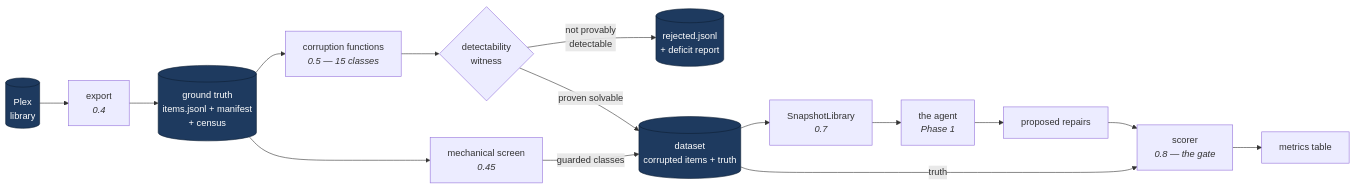
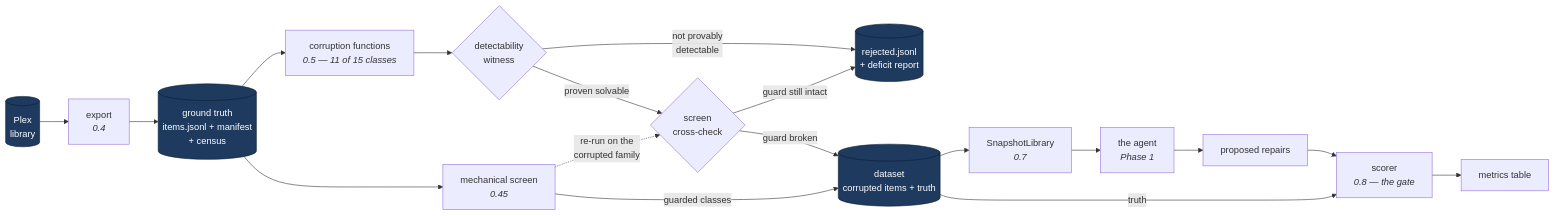
The third of 8 diagrams in docs/architecture.md (tritter95/shelfwarden), drawn with Mermaid before and after one commit. The commit also changed other lines of this file and 30 other files, not shown here.

````diff
--- a/docs/architecture.md
+++ b/docs/architecture.md
@@ -199,30 +202,34 @@
 ```mermaid
 flowchart LR
     PLEX[("Plex<br/>library")]
     EXPORT["export<br/><i>0.4</i>"]
     GROUND[("ground truth<br/>items.jsonl + manifest<br/>+ census")]
     SCREEN["mechanical screen<br/><i>0.45</i>"]
-    CORRUPT["corruption functions<br/><i>0.5 — 15 classes</i>"]
+    CORRUPT["corruption functions<br/><i>0.5 — 11 of 15 classes</i>"]
     WITNESS{"detectability<br/>witness"}
+    CROSS{"screen<br/>cross-check"}
     REJECT[("rejected.jsonl<br/>+ deficit report")]
     DATASET[("dataset<br/>corrupted items + truth")]
     SNAPSHOT["SnapshotLibrary<br/><i>0.7</i>"]
     AGENT["the agent<br/><i>Phase 1</i>"]
     FINDINGS["proposed repairs"]
     SCORER["scorer<br/><i>0.8 — the gate</i>"]
     REPORT["metrics table"]
 
     PLEX --> EXPORT --> GROUND
     GROUND --> SCREEN
     GROUND --> CORRUPT
     CORRUPT --> WITNESS
     WITNESS -->|"not provably<br/>detectable"| REJECT
-    WITNESS -->|"proven solvable"| DATASET
+    WITNESS -->|"proven solvable"| CROSS
+    CROSS -->|"guard still intact"| REJECT
+    CROSS -->|"guard broken"| DATASET
     SCREEN -->|"guarded classes"| DATASET
+    SCREEN -.->|"re-run on the<br/>corrupted family"| CROSS
     DATASET --> SNAPSHOT --> AGENT --> FINDINGS --> SCORER
     DATASET -->|"truth"| SCORER
     SCORER --> REPORT
 
     classDef store fill:#1e3a5f,stroke:#0d1f33,color:#fff
     class PLEX,GROUND,REJECT,DATASET store
 ```
````
